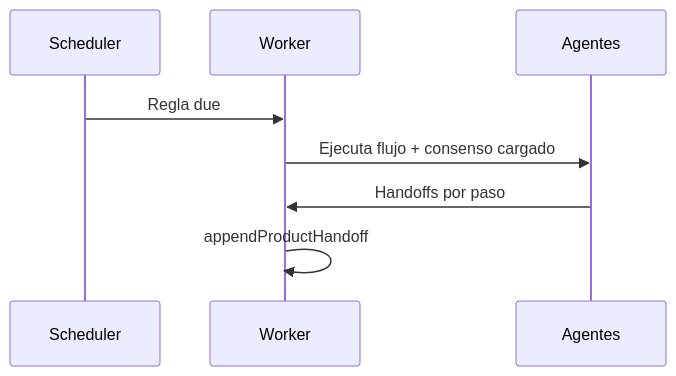
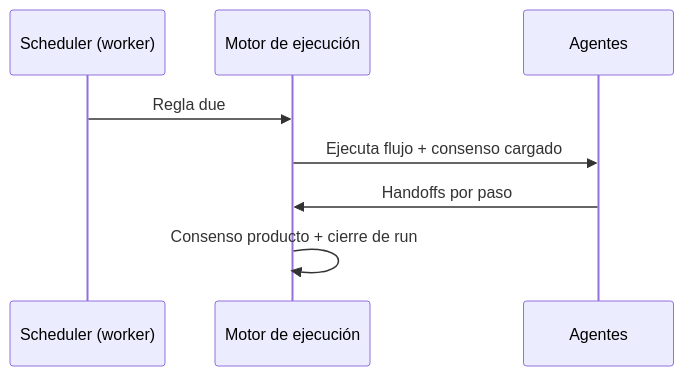
The second of 2 diagrams in frontend/src/content/help/guia-flujos.md (kreodevs/ia-company), drawn with Mermaid before and after one commit. The commit also changed other lines of this file and 21 other files, not shown here.

````diff
--- a/frontend/src/content/help/guia-flujos.md
+++ b/frontend/src/content/help/guia-flujos.md
@@ -55,10 +70,10 @@
 ```mermaid
 sequenceDiagram
-  participant S as Scheduler
-  participant W as Worker
+  participant S as Scheduler (worker)
+  participant W as Motor de ejecución
   participant A as Agentes
   S->>W: Regla due
   W->>A: Ejecuta flujo + consenso cargado
   A->>W: Handoffs por paso
-  W->>W: appendProductHandoff
+  W->>W: Consenso producto + cierre de run
 ```
````
